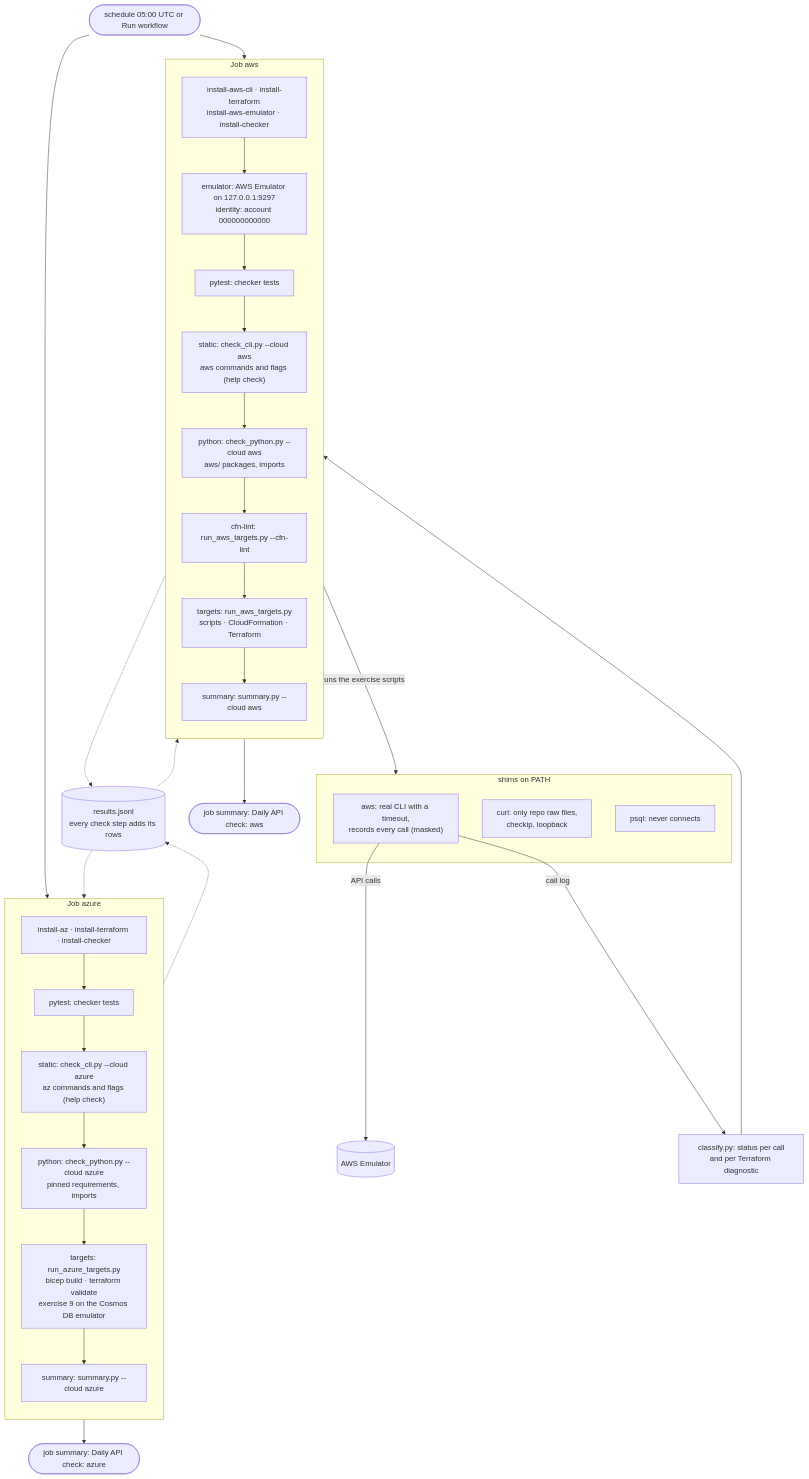
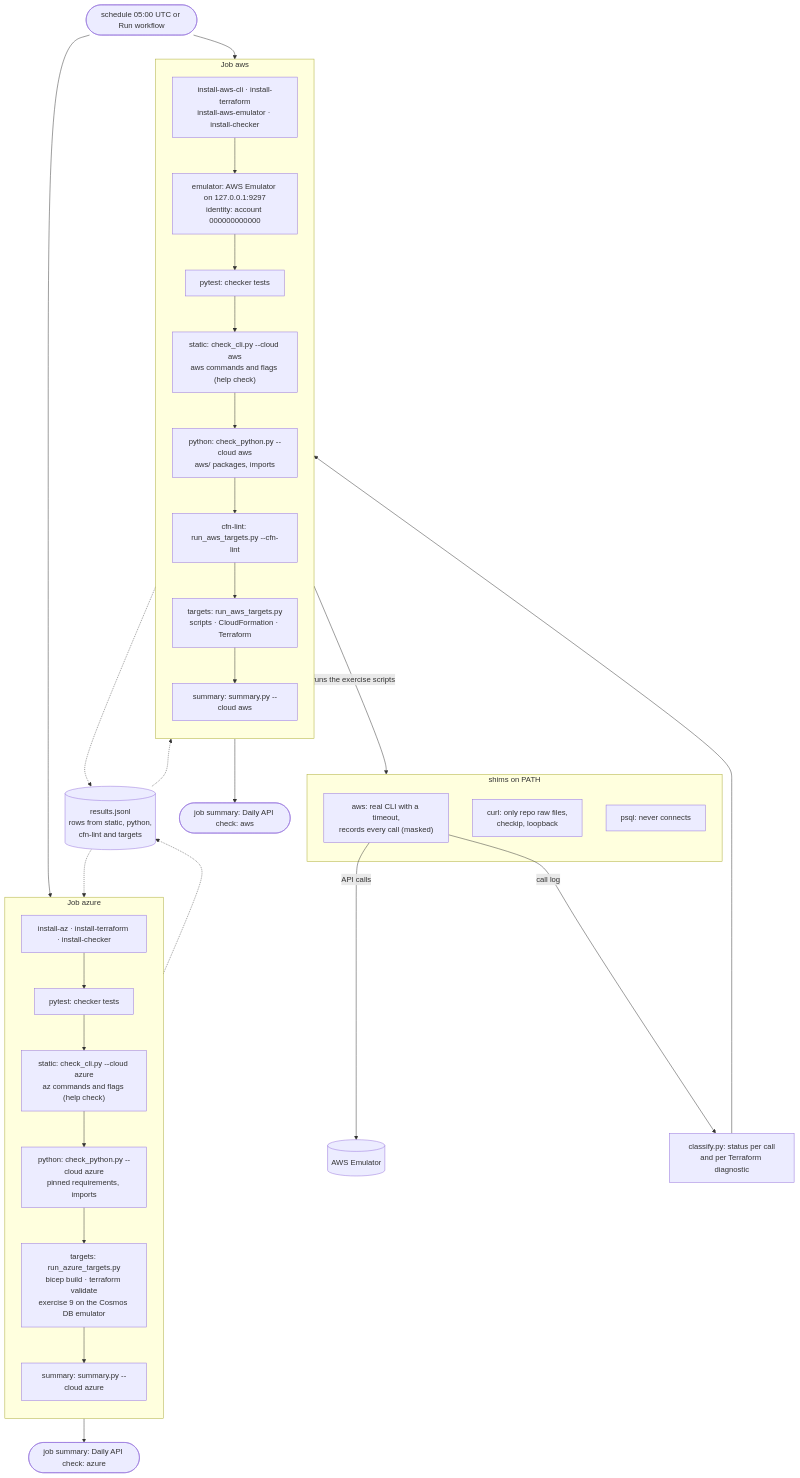
Before and after one commit to lsawicki-cdv/course-iot-cloud-computing: the diagram in .github/api-check/readme.md, drawn with Mermaid. The commit also changed other lines of this file, not shown here.

Commit message:
NO_TICKET Clarify which API check steps write results

````diff
--- a/.github/api-check/readme.md
+++ b/.github/api-check/readme.md
@@ -16,49 +16,49 @@
 ```mermaid
 flowchart TD
     trigger(["schedule 05:00 UTC or Run workflow"])
 
     subgraph azure["Job azure"]
         direction TB
         az_install["install-az · install-terraform · install-checker"]
         az_pytest["pytest: checker tests"]
         az_static["static: check_cli.py --cloud azure<br/>az commands and flags (help check)"]
         az_python["python: check_python.py --cloud azure<br/>pinned requirements, imports"]
         az_targets["targets: run_azure_targets.py<br/>bicep build · terraform validate<br/>exercise 9 on the Cosmos DB emulator"]
         az_summary["summary: summary.py --cloud azure"]
         az_install --> az_pytest --> az_static --> az_python --> az_targets --> az_summary
     end
 
     subgraph aws["Job aws"]
         direction TB
         aws_install["install-aws-cli · install-terraform<br/>install-aws-emulator · install-checker"]
         aws_emulator["emulator: AWS Emulator on 127.0.0.1:9297<br/>identity: account 000000000000"]
         aws_pytest["pytest: checker tests"]
         aws_static["static: check_cli.py --cloud aws<br/>aws commands and flags (help check)"]
         aws_python["python: check_python.py --cloud aws<br/>aws/ packages, imports"]
         aws_cfn["cfn-lint: run_aws_targets.py --cfn-lint"]
         aws_targets["targets: run_aws_targets.py<br/>scripts · CloudFormation · Terraform"]
         aws_summary["summary: summary.py --cloud aws"]
         aws_install --> aws_emulator --> aws_pytest --> aws_static --> aws_python --> aws_cfn --> aws_targets --> aws_summary
     end
 
     subgraph shims["shims on PATH"]
         shim_aws["aws: real CLI with a timeout,<br/>records every call (masked)"]
         shim_curl["curl: only repo raw files,<br/>checkip, loopback"]
         shim_psql["psql: never connects"]
     end
 
     trigger --> az_install
     trigger --> aws_install
     aws_targets -- "runs the exercise scripts" --> shims
     shim_aws -- "API calls" --> emu[("AWS Emulator")]
     shim_aws -- "call log" --> classify["classify.py: status per call<br/>and per Terraform diagnostic"]
     classify --> aws_targets
 
-    results[("results.jsonl<br/>every check step adds its rows")]
+    results[("results.jsonl<br/>rows from static, python,<br/>cfn-lint and targets")]
     az_targets -.-> results
     aws_targets -.-> results
     results -.-> az_summary
     results -.-> aws_summary
     az_summary --> out_az(["job summary: Daily API check: azure"])
     aws_summary --> out_aws(["job summary: Daily API check: aws"])
 ```
````
